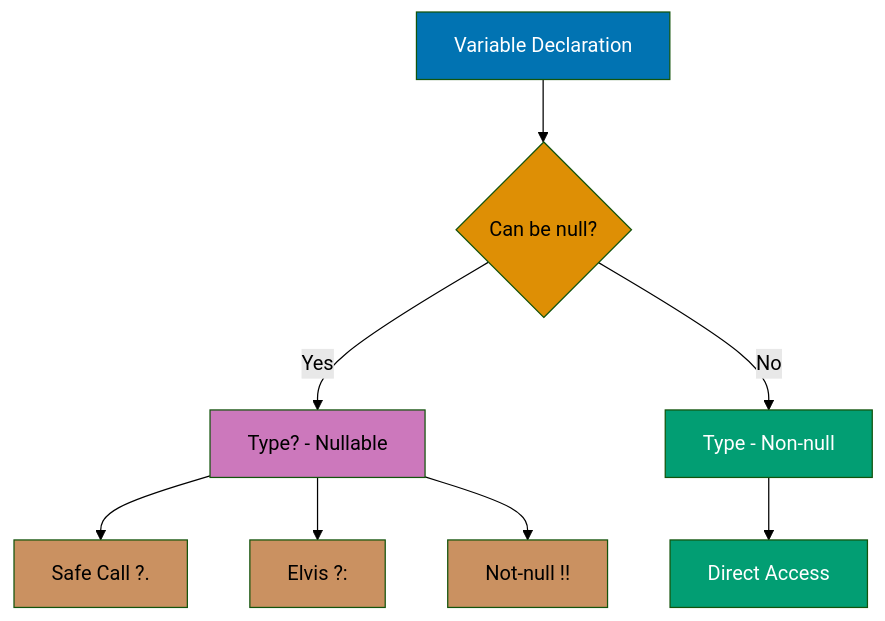
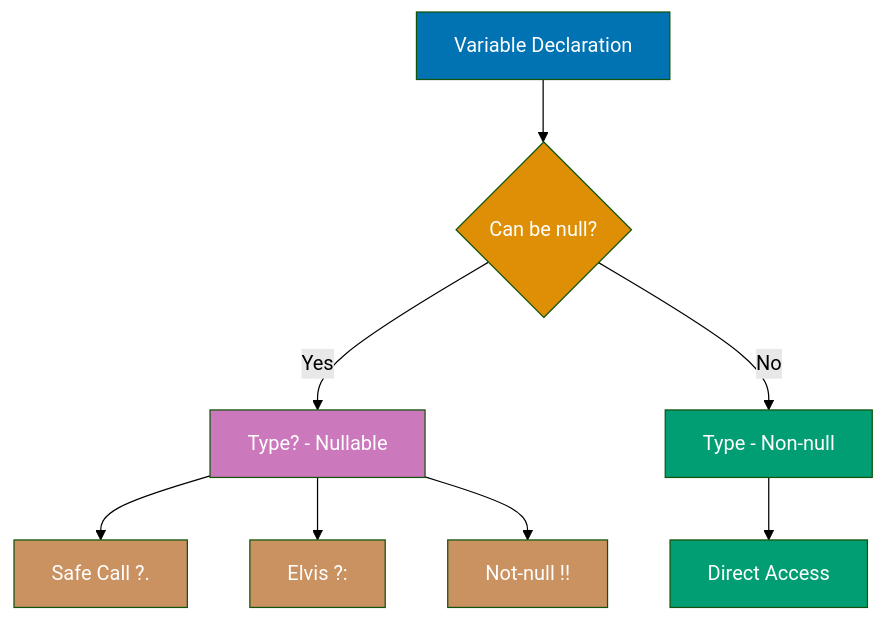
The third of 9 diagrams in apps/ayokoding-web/content/en/learn/software-engineering/programming-languages/kotlin/by-example/beginner.md (wahidyankf/open-sharia-enterprise), drawn with Mermaid (forest theme) before and after one commit. The commit also changed other lines of this file and 61 other files, not shown here.

First line of the commit message:
fix(ayokoding-web): quote Mermaid node labels with special characters in Example 63

````diff
--- a/apps/ayokoding-web/content/en/learn/software-engineering/programming-languages/kotlin/by-example/beginner.md
+++ b/apps/ayokoding-web/content/en/learn/software-engineering/programming-languages/kotlin/by-example/beginner.md
@@ -626,20 +626,20 @@
 ```mermaid
 %% Null safety flow
 graph TD
     A[Variable Declaration] --> B{Can be null?}
     B -->|Yes| C[Type? - Nullable]
     B -->|No| D[Type - Non-null]
     C --> E[Safe Call ?.]
     C --> F[Elvis ?:]
     C --> G[Not-null !!]
     D --> H[Direct Access]
 
     style A fill:#0173B2,color:#fff
-    style B fill:#DE8F05,color:#000
-    style C fill:#CC78BC,color:#000
+    style B fill:#DE8F05,color:#fff
+    style C fill:#CC78BC,color:#fff
     style D fill:#029E73,color:#fff
-    style E fill:#CA9161,color:#000
-    style F fill:#CA9161,color:#000
-    style G fill:#CA9161,color:#000
+    style E fill:#CA9161,color:#fff
+    style F fill:#CA9161,color:#fff
+    style G fill:#CA9161,color:#fff
     style H fill:#029E73,color:#fff
 ```
````
